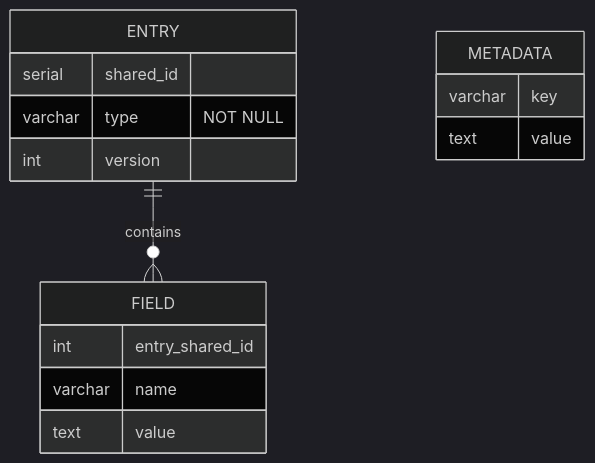
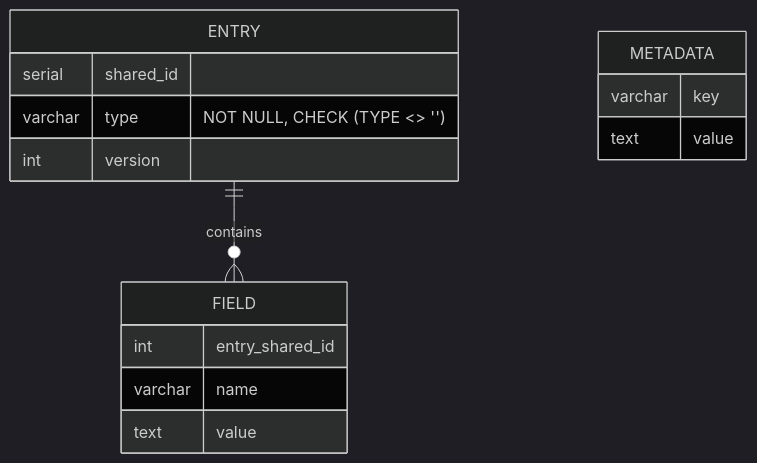
One commit to JabRef/jabref changed the diagram in docs/code-howtos/remote-storage-sql.md. Above: the diagram before and after it, drawn with Mermaid (dark theme). The commit also changed 2 other files, not shown here.

Commit message:
Finalize V2 schema migration and constraint tests
- Reverted initial CREATE TABLE to a weak schema to allow dirty data copying from V0
- Fixed constraint migration logic to trigger for VERSION <= 1 (covering -1, 0, and 1)
- Updated migration log message for accuracy across all starting versions
- Rewrote constraint test to execute raw SQL, bypassing processor try-catch for strict assertion
- Updated Mermaid ER diagram to document the CHECK constraint

````diff
--- a/docs/code-howtos/remote-storage-sql.md
+++ b/docs/code-howtos/remote-storage-sql.md
@@ -31,18 +31,18 @@
 ```mermaid
 erDiagram
     ENTRY ||--o{ FIELD : contains
     ENTRY {
         serial shared_id
-        varchar type "NOT NULL"
+        varchar type "NOT NULL, CHECK (TYPE <> '')"
         int version
     }
     FIELD {
         int entry_shared_id
         varchar name
         text value
     }
     METADATA {
         varchar key
         text value
     }
 ```
````
